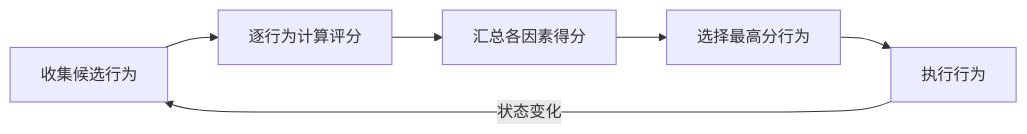
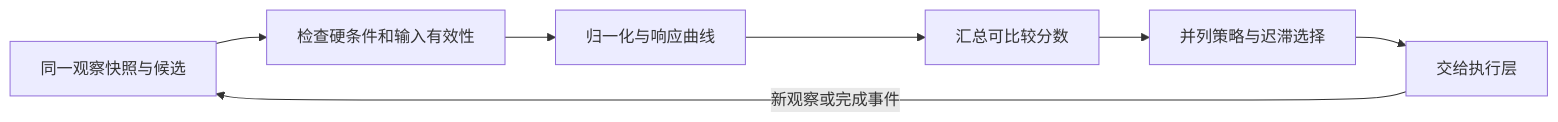
One commit to fantuan812/learning changed the first of 4 diagrams in 知识/06-游戏AI/感知决策与行为规划/04-Utility与GOAP.md. Above: the diagram before and after it, drawn with Mermaid. The commit also changed other lines of this file and 1 other file, not shown here.

````diff
--- a/知识/06-游戏AI/感知决策与行为规划/04-Utility与GOAP.md
+++ b/知识/06-游戏AI/感知决策与行为规划/04-Utility与GOAP.md
@@ -82,8 +62,9 @@
 ```mermaid
 flowchart LR
-    A[收集候选行为] --> B[逐行为计算评分]
-    B --> C[汇总各因素得分]
-    C --> D[选择最高分行为]
-    D --> E[执行行为]
-    E -->|状态变化| A
+    A[同一观察快照与候选] --> B[检查硬条件和输入有效性]
+    B --> C[归一化与响应曲线]
+    C --> D[汇总可比较分数]
+    D --> E[并列策略与迟滞选择]
+    E --> F[交给执行层]
+    F -->|新观察或完成事件| A
 ```
````
